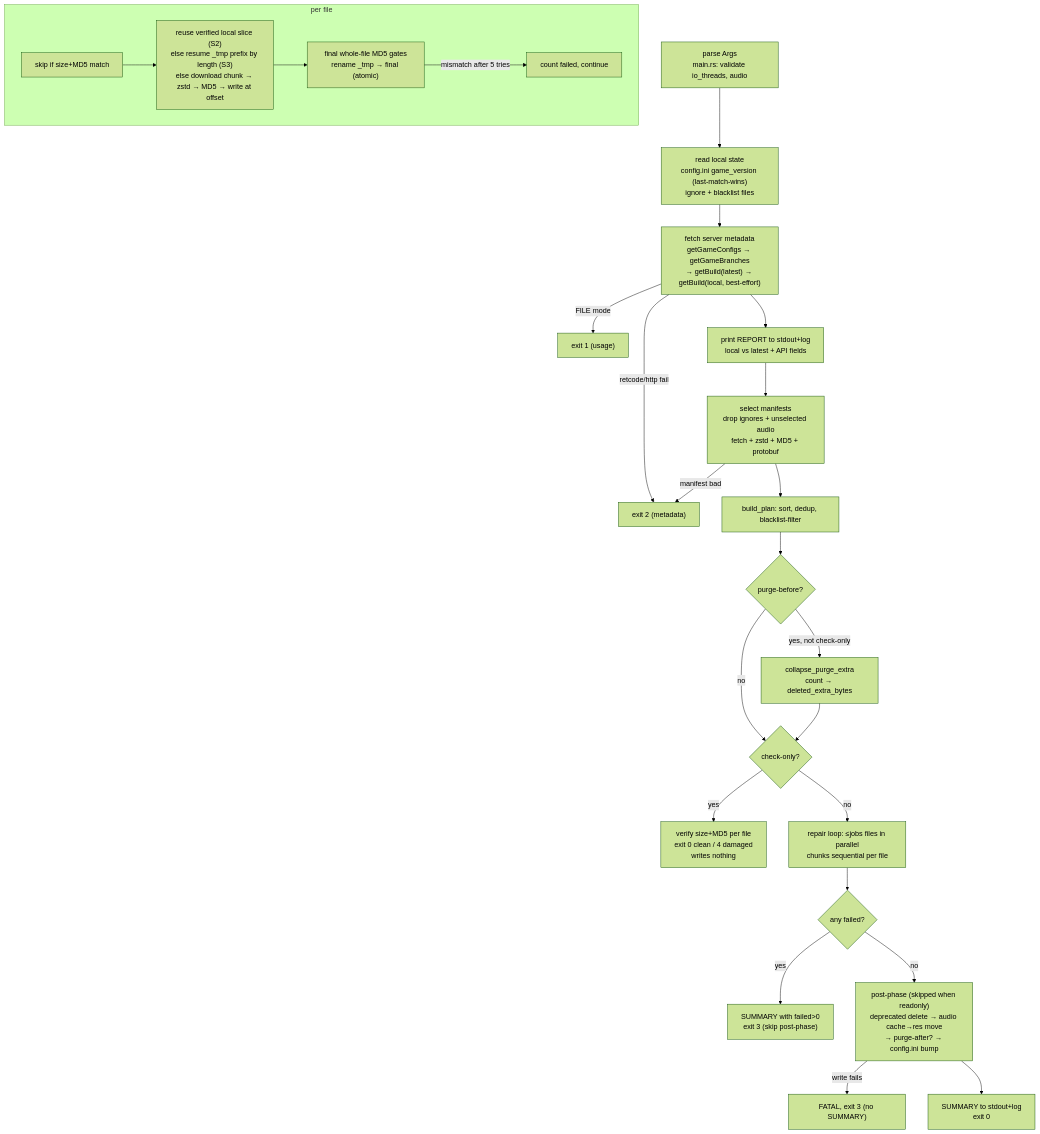
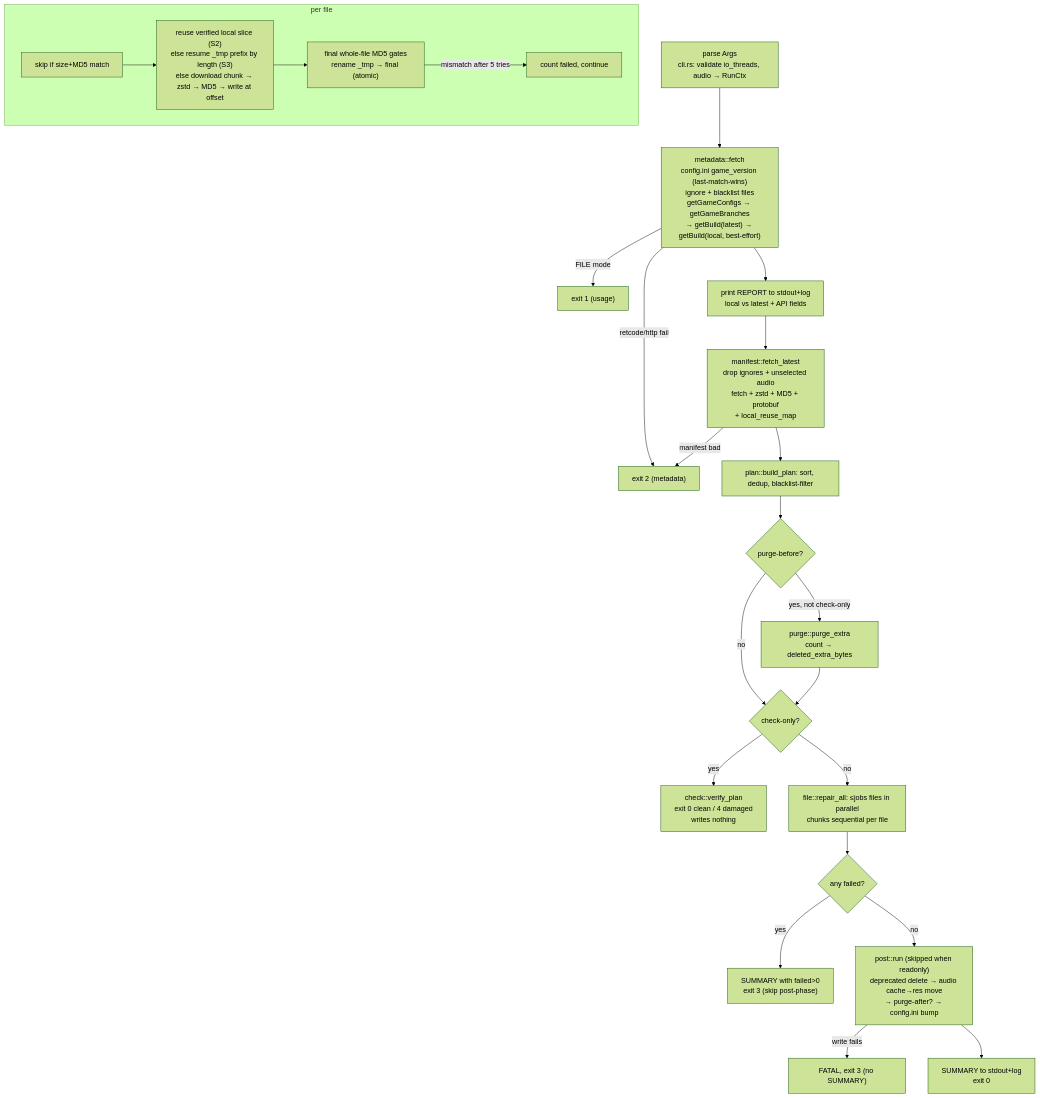
Before and after one commit to bhbghghbgb/girpr: the diagram in README.md, drawn with Mermaid (forest theme). The commit also changed other lines of this file and 21 other files, not shown here.

````diff
--- a/README.md
+++ b/README.md
@@ -31,27 +47,26 @@
 ```mermaid
 flowchart TD
-    A["parse Args<br/>main.rs: validate io_threads, audio"] --> B["read local state<br/>config.ini game_version (last-match-wins)<br/>ignore + blacklist files"]
-    B --> C["fetch server metadata<br/>getGameConfigs → getGameBranches<br/>→ getBuild(latest) → getBuild(local, best-effort)"]
-    C -->|FILE mode| X1["exit 1 (usage)"]
-    C -->|retcode/http fail| X2["exit 2 (metadata)"]
-    C --> D["print REPORT to stdout+log<br/>local vs latest + API fields"]
-    D --> E["select manifests<br/>drop ignores + unselected audio<br/>fetch + zstd + MD5 + protobuf"]
-    E -->|manifest bad| X2
-    E --> F["build_plan: sort, dedup, blacklist-filter"]
-    F --> G{"purge-before?"}
-    G -->|yes, not check-only| H["collapse_purge_extra<br/>count → deleted_extra_bytes"]
-    G -->|no| I{"check-only?"}
-    H --> I
-    I -->|yes| J["verify size+MD5 per file<br/>exit 0 clean / 4 damaged<br/>writes nothing"]
-    I -->|no| K["repair loop: ≤jobs files in parallel<br/>chunks sequential per file"]
+    A["parse Args<br/>cli.rs: validate io_threads, audio → RunCtx"] --> B["metadata::fetch<br/>config.ini game_version (last-match-wins)<br/>ignore + blacklist files<br/>getGameConfigs → getGameBranches<br/>→ getBuild(latest) → getBuild(local, best-effort)"]
+    B -->|FILE mode| X1["exit 1 (usage)"]
+    B -->|retcode/http fail| X2["exit 2 (metadata)"]
+    B --> C["print REPORT to stdout+log<br/>local vs latest + API fields"]
+    C --> D["manifest::fetch_latest<br/>drop ignores + unselected audio<br/>fetch + zstd + MD5 + protobuf<br/>+ local_reuse_map"]
+    D -->|manifest bad| X2
+    D --> E["plan::build_plan: sort, dedup, blacklist-filter"]
+    E --> F{"purge-before?"}
+    F -->|yes, not check-only| G["purge::purge_extra<br/>count → deleted_extra_bytes"]
+    F -->|no| H{"check-only?"}
+    G --> H
+    H -->|yes| I["check::verify_plan<br/>exit 0 clean / 4 damaged<br/>writes nothing"]
+    H -->|no| J["file::repair_all: ≤jobs files in parallel<br/>chunks sequential per file"]
     subgraph perfile ["per file"]
-        K1["skip if size+MD5 match"] --> K2["reuse verified local slice (S2)<br/>else resume _tmp prefix by length (S3)<br/>else download chunk → zstd → MD5 → write at offset"]
-        K2 --> K3["final whole-file MD5 gates<br/>rename _tmp → final (atomic)"]
-        K3 -->|mismatch after 5 tries| K4["count failed, continue"]
+        J1["skip if size+MD5 match"] --> J2["reuse verified local slice (S2)<br/>else resume _tmp prefix by length (S3)<br/>else download chunk → zstd → MD5 → write at offset"]
+        J2 --> J3["final whole-file MD5 gates<br/>rename _tmp → final (atomic)"]
+        J3 -->|mismatch after 5 tries| J4["count failed, continue"]
     end
-    K --> L{"any failed?"}
-    L -->|yes| M["SUMMARY with failed>0<br/>exit 3 (skip post-phase)"]
-    L -->|no| N["post-phase (skipped when readonly)<br/>deprecated delete → audio cache→res move<br/>→ purge-after? → config.ini bump"]
-    N -->|write fails| X3["FATAL, exit 3 (no SUMMARY)"]
-    N --> O["SUMMARY to stdout+log<br/>exit 0"]
+    J --> K{"any failed?"}
+    K -->|yes| L["SUMMARY with failed>0<br/>exit 3 (skip post-phase)"]
+    K -->|no| M["post::run (skipped when readonly)<br/>deprecated delete → audio cache→res move<br/>→ purge-after? → config.ini bump"]
+    M -->|write fails| X3["FATAL, exit 3 (no SUMMARY)"]
+    M --> N["SUMMARY to stdout+log<br/>exit 0"]
 ```
````
